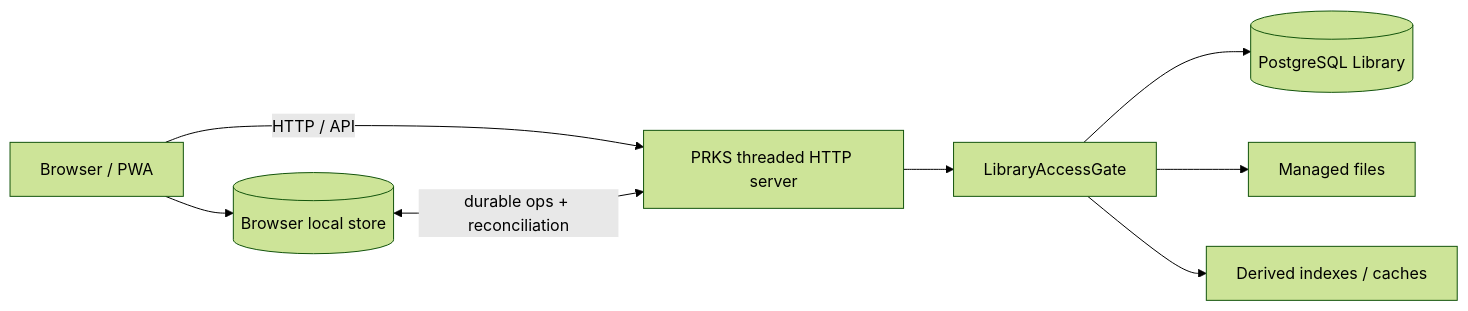
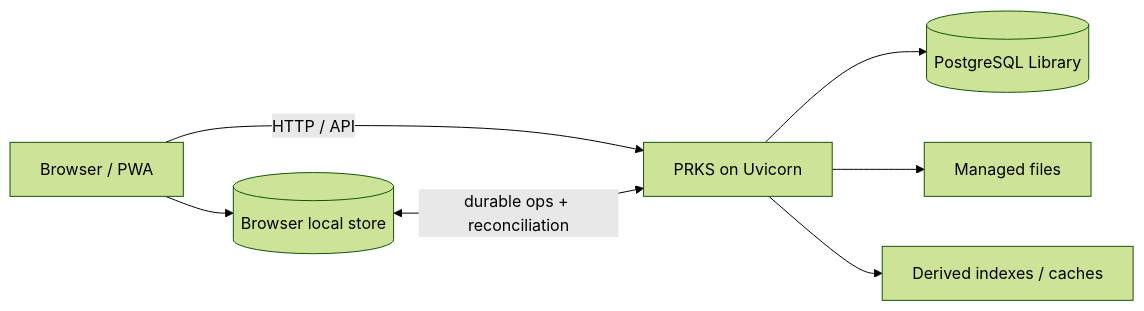
Before and after one commit to Fooftilly/PRKS: the diagram in docs/wiki/Architecture.md, drawn with Mermaid (forest theme). The commit also changed other lines of this file and 4 other files, not shown here.

````diff
--- a/docs/wiki/Architecture.md
+++ b/docs/wiki/Architecture.md
@@ -5,10 +5,9 @@
 ```mermaid
 flowchart LR
-    U[Browser / PWA] -->|HTTP / API| S[PRKS threaded HTTP server]
-    S --> G[LibraryAccessGate]
-    G --> DB[(PostgreSQL Library)]
-    G --> F[Managed files]
-    G --> I[Derived indexes / caches]
+    U[Browser / PWA] -->|HTTP / API| S[PRKS on Uvicorn]
+    S --> DB[(PostgreSQL Library)]
+    S --> F[Managed files]
+    S --> I[Derived indexes / caches]
     U --> LS[(Browser local store)]
     LS <-->|durable ops + reconciliation| S
 ```
````
